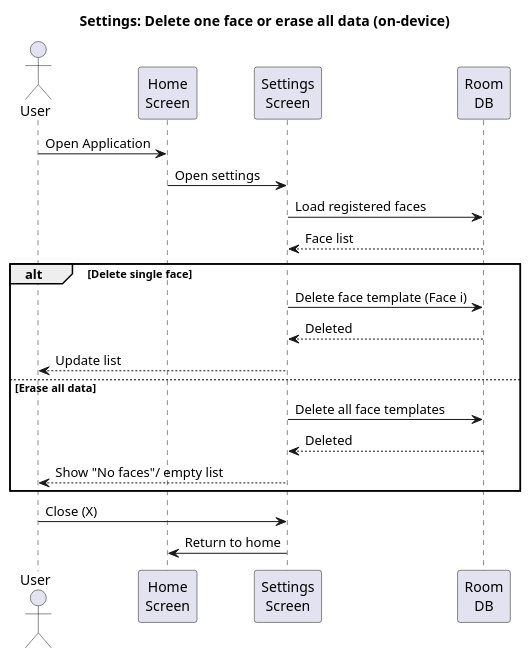
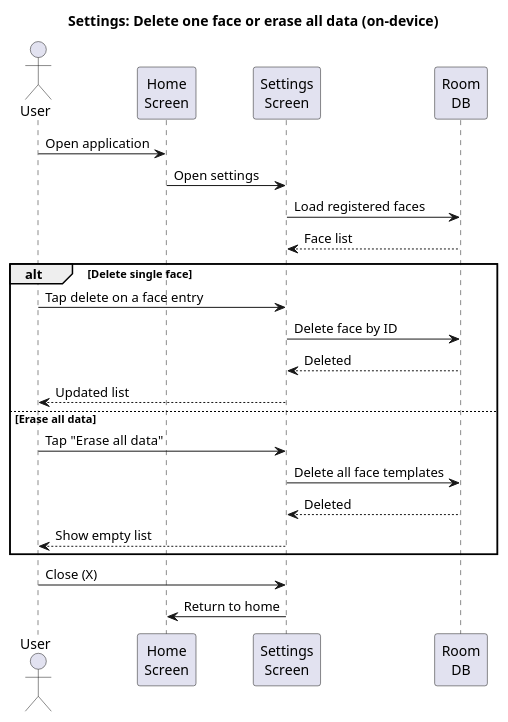
One commit to kyriakospetr/OpsisFaceRecognition changed the diagram in docs/uml/sequence/delete-face.puml. Above: the diagram before and after it, drawn with PlantUML. The commit also changed 8 other files, not shown here.

Commit message:
docs(uml): add and update PlantUML diagrams for thesis documentation

```diff
--- a/docs/uml/sequence/delete-face.puml
+++ b/docs/uml/sequence/delete-face.puml
@@ -1,28 +1,30 @@
 @startuml
 title Settings: Delete one face or erase all data (on-device)
 
 actor User
 participant "Home\nScreen" as Home
 participant "Settings\nScreen" as Settings
 participant "Room\nDB" as DB
 
-User -> Home : Open Application
+User -> Home : Open application
 Home -> Settings : Open settings
 
 Settings -> DB : Load registered faces
 DB --> Settings : Face list
 
 alt Delete single face
-Settings -> DB : Delete face template (Face i)
-DB --> Settings : Deleted
-Settings --> User : Update list
+  User -> Settings : Tap delete on a face entry
+  Settings -> DB : Delete face by ID
+  DB --> Settings : Deleted
+  Settings --> User : Updated list
 else Erase all data
-Settings -> DB : Delete all face templates
-DB --> Settings : Deleted
-Settings --> User : Show "No faces"/ empty list
+  User -> Settings : Tap "Erase all data"
+  Settings -> DB : Delete all face templates
+  DB --> Settings : Deleted
+  Settings --> User : Show empty list
 end
 
 User -> Settings : Close (X)
 Settings -> Home : Return to home
 
 @enduml
```
